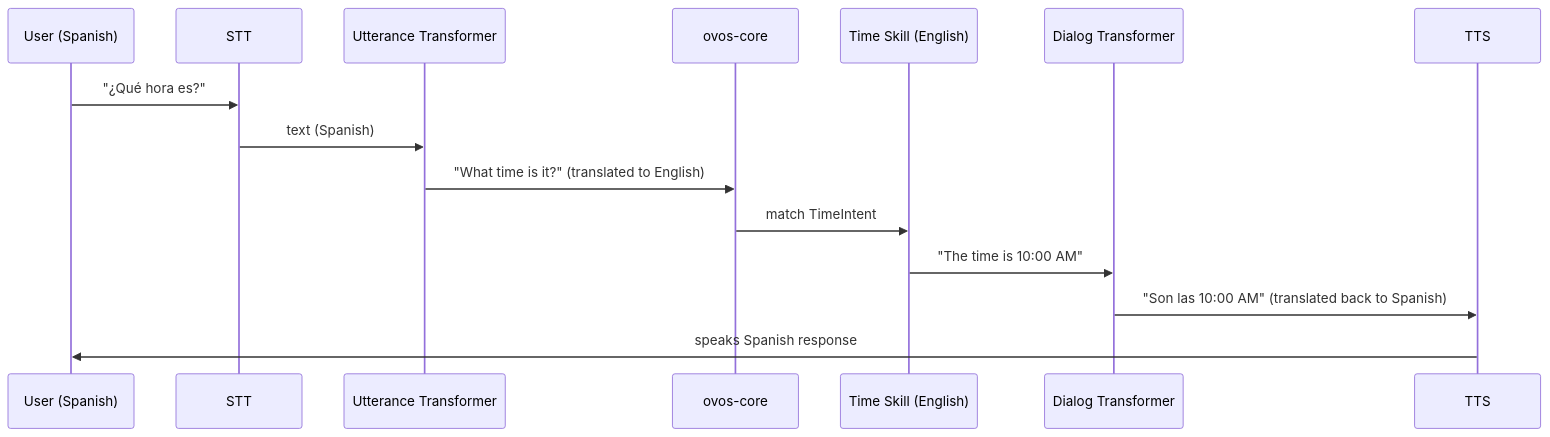
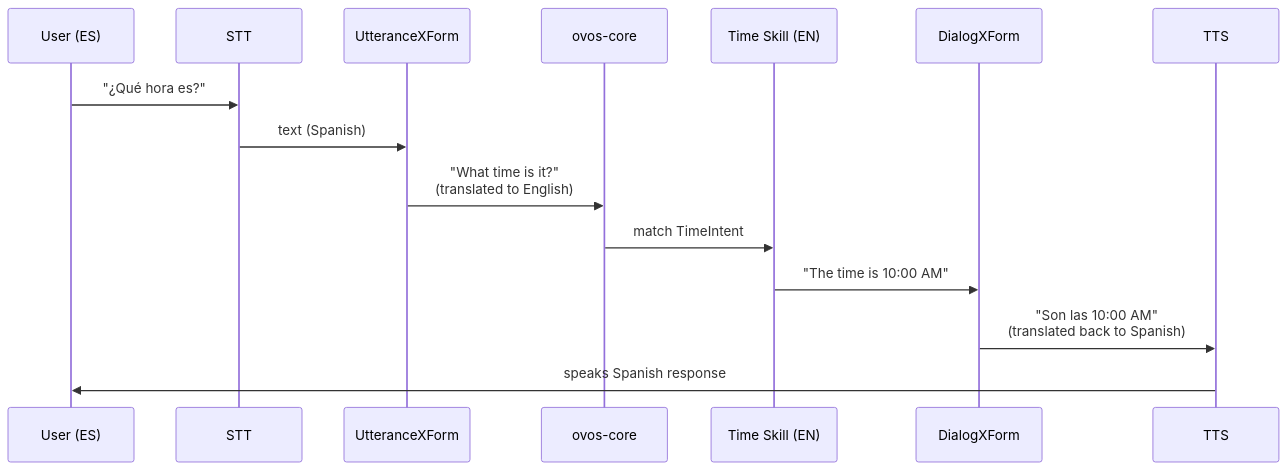
The diagram in docs/bidirectional-translation.md (OpenVoiceOS/beta-technical-manual), drawn with Mermaid before and after one commit. The commit also changed 19 other files, not shown here.

First line of the commit message:
docs: fit diagrams to the content column; arena live URL

````diff
--- a/docs/bidirectional-translation.md
+++ b/docs/bidirectional-translation.md
@@ -35,18 +35,18 @@
 ```mermaid
 sequenceDiagram
-    participant U as User (Spanish)
+    participant U as User (ES)
     participant STT
-    participant UT as Utterance Transformer
+    participant UT as UtteranceXForm
     participant Core as ovos-core
-    participant Skill as Time Skill (English)
-    participant DT as Dialog Transformer
+    participant Skill as Time Skill (EN)
+    participant DT as DialogXForm
     participant TTS
 
     U->>STT: "¿Qué hora es?"
     STT->>UT: text (Spanish)
-    UT->>Core: "What time is it?" (translated to English)
+    UT->>Core: "What time is it?"<br/>(translated to English)
     Core->>Skill: match TimeIntent
     Skill->>DT: "The time is 10:00 AM"
-    DT->>TTS: "Son las 10:00 AM" (translated back to Spanish)
+    DT->>TTS: "Son las 10:00 AM"<br/>(translated back to Spanish)
     TTS->>U: speaks Spanish response
 ```
````
